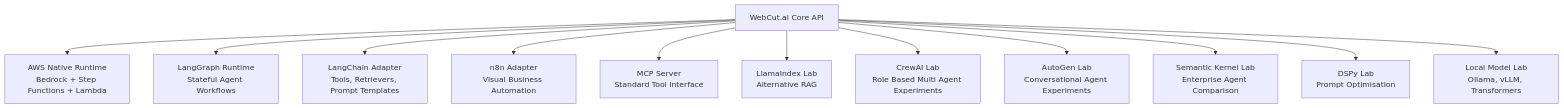
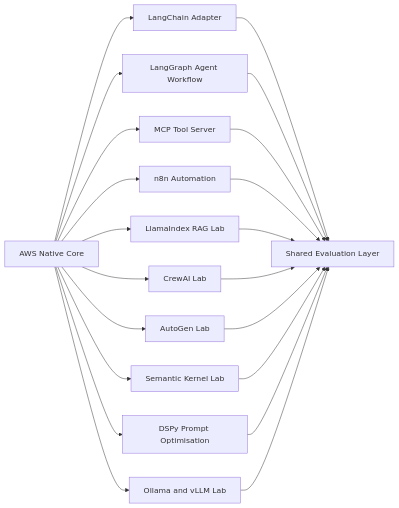
One commit to SwapnilMundhekar/WebCut.ai-CreativeOps-Agent-Platform changed the fourth of 8 diagrams in README.md. Above: the diagram before and after it, drawn with Mermaid. The commit also changed other lines of this file, not shown here.

Commit message:
Redesign README with premium WebCut platform identity

````diff
--- a/README.md
+++ b/README.md
@@ -322,14 +331,24 @@
 ```mermaid
-flowchart TB
-    CORE[WebCut.ai Core API] --> AWS[AWS Native Runtime<br/>Bedrock + Step Functions + Lambda]
-    CORE --> LG[LangGraph Runtime<br/>Stateful Agent Workflows]
-    CORE --> LC[LangChain Adapter<br/>Tools, Retrievers, Prompt Templates]
-    CORE --> N8N[n8n Adapter<br/>Visual Business Automation]
-    CORE --> MCP[MCP Server<br/>Standard Tool Interface]
-    CORE --> LLI[LlamaIndex Lab<br/>Alternative RAG]
-    CORE --> CREW[CrewAI Lab<br/>Role Based Multi Agent Experiments]
-    CORE --> AUTO[AutoGen Lab<br/>Conversational Agent Experiments]
-    CORE --> SK[Semantic Kernel Lab<br/>Enterprise Agent Comparison]
-    CORE --> DSPY[DSPy Lab<br/>Prompt Optimisation]
-    CORE --> LOCAL[Local Model Lab<br/>Ollama, vLLM, Transformers]
+flowchart LR
+    CORE[AWS Native Core] --> LC[LangChain Adapter]
+    CORE --> LG[LangGraph Agent Workflow]
+    CORE --> MCP[MCP Tool Server]
+    CORE --> N8N[n8n Automation]
+    CORE --> LI[LlamaIndex RAG Lab]
+    CORE --> CREW[CrewAI Lab]
+    CORE --> AUTOGEN[AutoGen Lab]
+    CORE --> SK[Semantic Kernel Lab]
+    CORE --> DSPY[DSPy Prompt Optimisation]
+    CORE --> LOCAL[Ollama and vLLM Lab]
+
+    LC --> EVAL[Shared Evaluation Layer]
+    LG --> EVAL
+    MCP --> EVAL
+    N8N --> EVAL
+    LI --> EVAL
+    CREW --> EVAL
+    AUTOGEN --> EVAL
+    SK --> EVAL
+    DSPY --> EVAL
+    LOCAL --> EVAL
 ```
````
